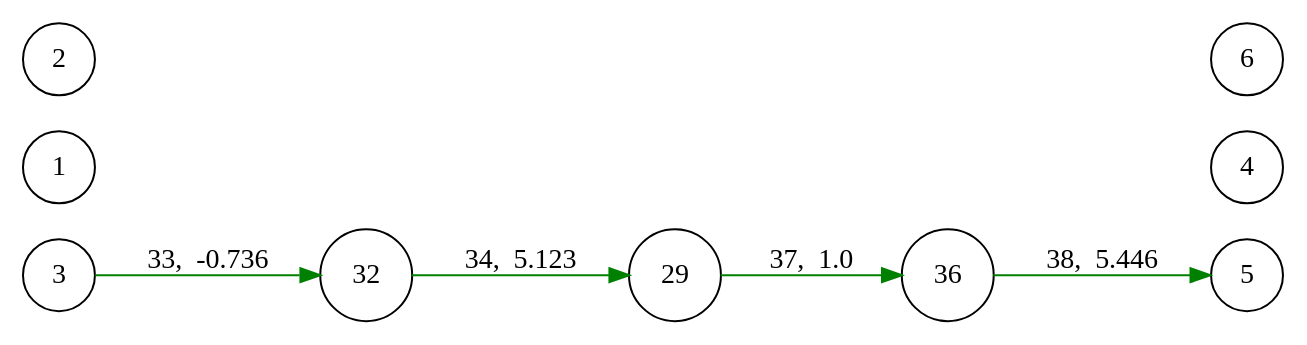
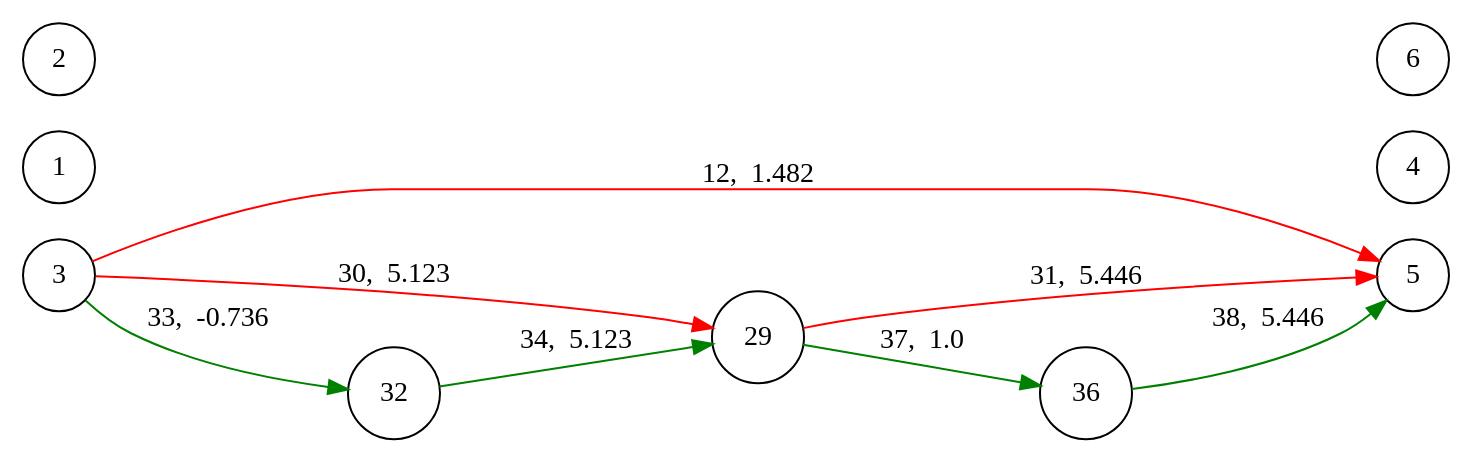
One commit to Rithvik-Reddy-Adapa/NEATJulia changed the diagram in neat_0_4.dot. Above: the diagram before and after it, drawn with Graphviz. The commit also changed 11 other files, not shown here.

```diff
--- a/neat_0_4.dot
+++ b/neat_0_4.dot
@@ -1,13 +1,16 @@
 digraph {
 	rankdir=LR;
 	node [shape=circle];
+	3->5[color=red,label="12,  1.482",penwidth=1.0];
+	3->29[color=red,label="30,  5.123",penwidth=1.0];
 	3->32[color=green,label="33,  -0.736",penwidth=1.0];
 	{rank=same; 1, 2, 3}
 	32->29[color=green,label="34,  5.123",penwidth=1.0];
 	{rank=same; 32}
+	29->5[color=red,label="31,  5.446",penwidth=1.0];
 	29->36[color=green,label="37,  1.0",penwidth=1.0];
 	{rank=same; 29}
 	36->5[color=green,label="38,  5.446",penwidth=1.0];
 	{rank=same; 36}
 	{rank=same; 4, 5, 6}
 }
```
